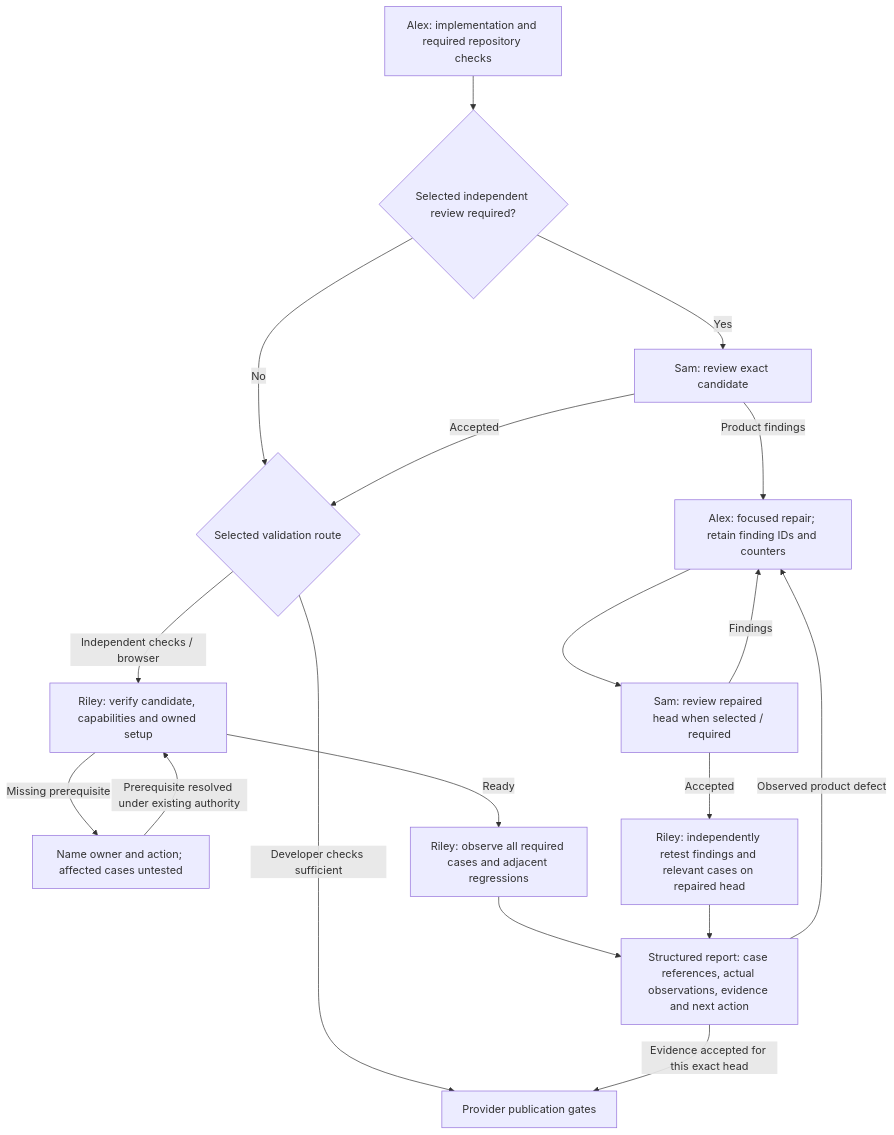
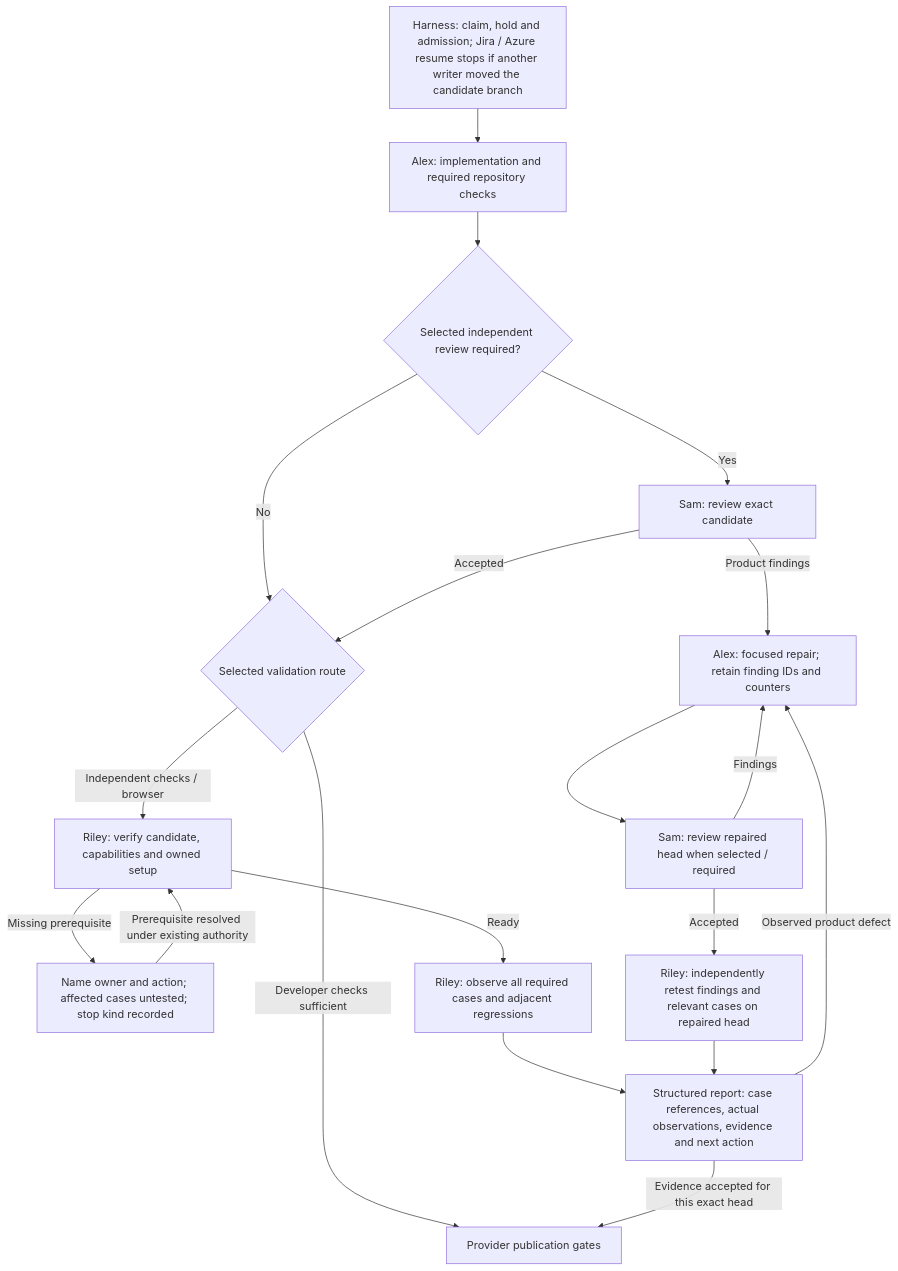
The third of 5 diagrams in docs/office-process.md (JFusco/the-office), drawn with Mermaid before and after one commit. The commit also changed other lines of this file and 7 other files, not shown here.

First line of the commit message:
fix(office): close the full-review findings on retirement, ownership and branch checks

````diff
--- a/docs/office-process.md
+++ b/docs/office-process.md
@@ -99,20 +101,21 @@
 ```mermaid
 flowchart TD
-    A["Alex: implementation and required repository checks"] --> R{"Selected independent review required?"}
+    PRE["Harness: claim, hold and admission; Jira / Azure resume stops if another writer moved the candidate branch"] --> A["Alex: implementation and required repository checks"]
+    A --> R{"Selected independent review required?"}
     R -->|Yes| S["Sam: review exact candidate"]
     S -->|Product findings| F["Alex: focused repair; retain finding IDs and counters"]
     R -->|No| V{"Selected validation route"}
     S -->|Accepted| V
     V -->|Developer checks sufficient| P["Provider publication gates"]
     V -->|Independent checks / browser| SET["Riley: verify candidate, capabilities and owned setup"]
-    SET -->|Missing prerequisite| B["Name owner and action; affected cases untested"]
+    SET -->|Missing prerequisite| B["Name owner and action; affected cases untested; stop kind recorded"]
     SET -->|Ready| T["Riley: observe all required cases and adjacent regressions"]
     T --> REP["Structured report: case references, actual observations, evidence and next action"]
     REP -->|Observed product defect| F
     F --> S2["Sam: review repaired head when selected / required"]
     S2 -->|Accepted| RT["Riley: independently retest findings and relevant cases on repaired head"]
     S2 -->|Findings| F
     RT --> REP
     REP -->|Evidence accepted for this exact head| P
     B -->|Prerequisite resolved under existing authority| SET
 ```
````
